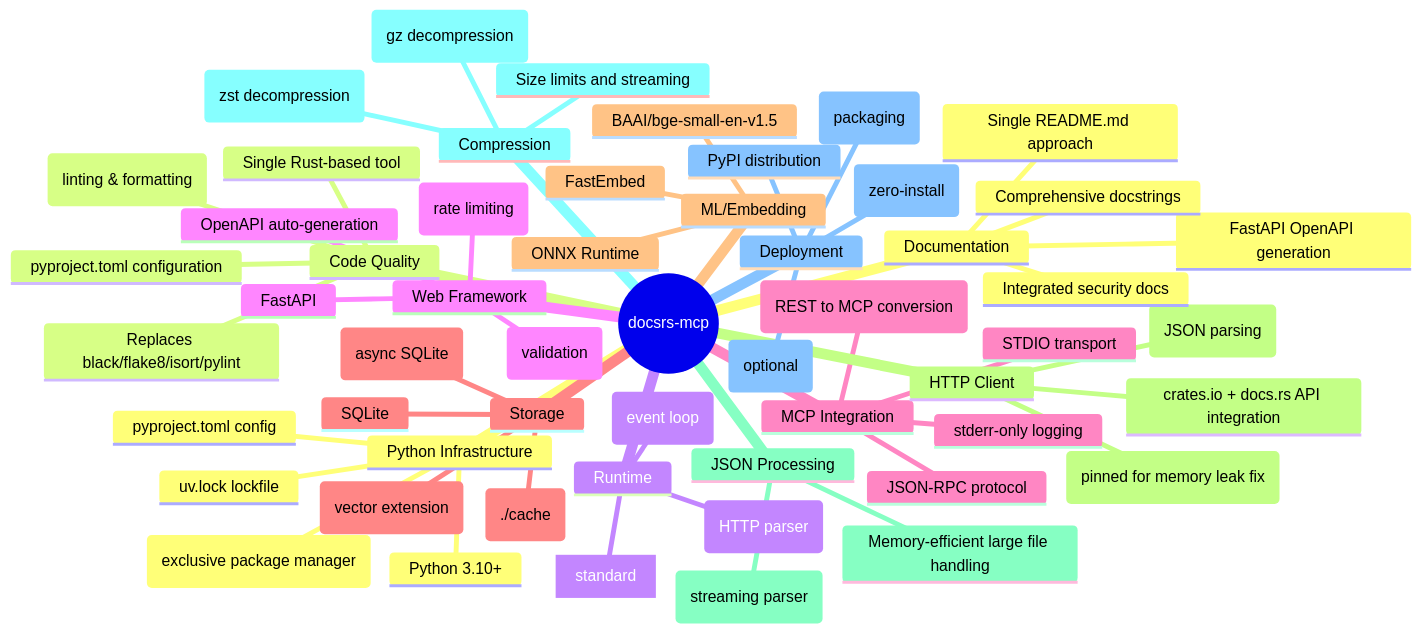
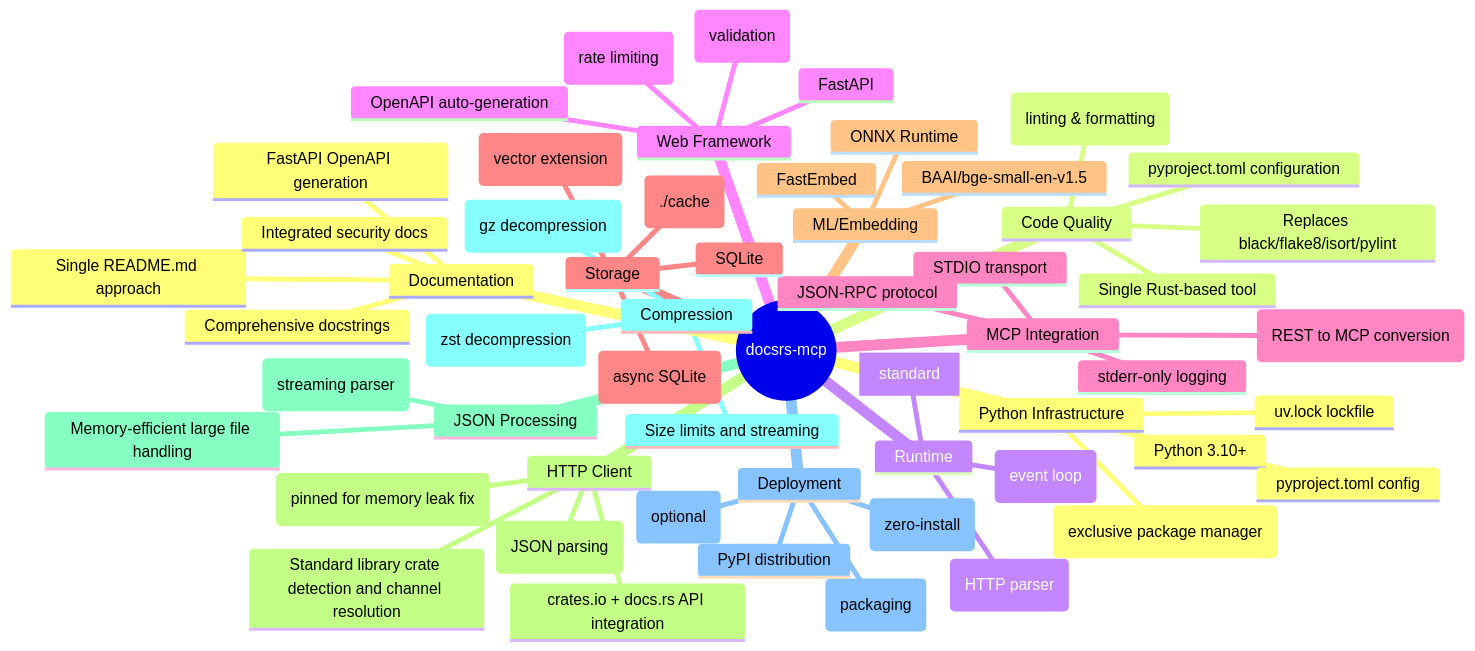
Before and after one commit to RimoVR/docsrs-mcp: the eighth of 16 diagrams in Architecture.md, drawn with Mermaid. The commit also changed other lines of this file and 8 other files, not shown here.

First line of the commit message:
feat: Add Rust standard library documentation support

````diff
--- a/Architecture.md
+++ b/Architecture.md
@@ -362,69 +362,70 @@
 ```mermaid
 mindmap
   root((docsrs-mcp))
     Python Infrastructure
       uv (exclusive package manager)
       Python 3.10+
       pyproject.toml config
       uv.lock lockfile
       
     Code Quality
       Ruff (linting & formatting)
       Replaces black/flake8/isort/pylint
       Single Rust-based tool
       pyproject.toml configuration
       
     Runtime
       uvicorn[standard]
       uvloop (event loop)
       httptools (HTTP parser)
     
     Web Framework
       FastAPI
       Pydantic (validation)
       slowapi (rate limiting)
       OpenAPI auto-generation
       
     MCP Integration
       FastMCP (REST to MCP conversion)
       STDIO transport
       JSON-RPC protocol
       stderr-only logging
       
     Storage
       SQLite
       sqlite-vec (vector extension)
       aiosqlite (async SQLite)
       File-based cache (./cache)
       
     ML/Embedding
       FastEmbed
       ONNX Runtime
       BAAI/bge-small-en-v1.5
       
     HTTP Client
       aiohttp 3.9.5 (pinned for memory leak fix)
       orjson (JSON parsing)
       crates.io + docs.rs API integration
+      Standard library crate detection and channel resolution
       
     JSON Processing
       ijson (streaming parser)
       Memory-efficient large file handling
       
     Compression
       zstandard (zst decompression)
       gzip (gz decompression)
       Size limits and streaming
       
     Deployment
       uvx (zero-install)
       uv build (packaging)
       Docker (optional)
       PyPI distribution
       
     Documentation
       FastAPI OpenAPI generation
       Comprehensive docstrings
       Single README.md approach
       Integrated security docs
 ```
````
